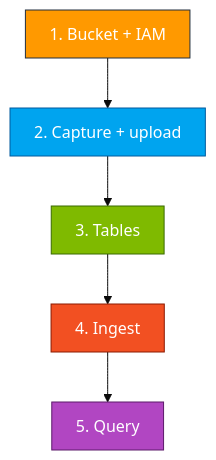
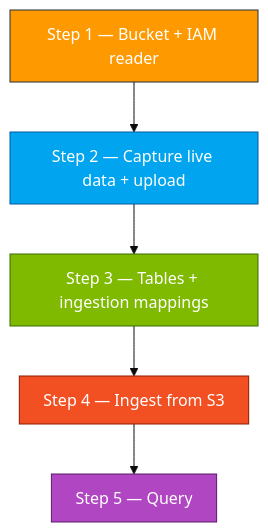
The second of 3 diagrams in Module_01_Amazon_S3/01_S3_to_ADX_Lab.md (atingupta2005/adx-aws-training-aug-26), drawn with Mermaid before and after one commit. The commit also changed other lines of this file and 6 other files, not shown here.

````diff
--- a/Module_01_Amazon_S3/01_S3_to_ADX_Lab.md
+++ b/Module_01_Amazon_S3/01_S3_to_ADX_Lab.md
@@ -22,13 +97,13 @@
 ```mermaid
 %%{init: {"theme":"base","flowchart":{"htmlLabels":true,"padding":12}}}%%
 flowchart TB
-  A["1. Bucket + IAM"] --> B["2. Capture + upload"]
-  B --> C["3. Tables"]
-  C --> D["4. Ingest"]
-  D --> E["5. Query"]
+  A["Step 1 — Bucket + IAM reader"] --> B["Step 2 — Capture live data + upload"]
+  B --> C["Step 3 — Tables + ingestion mappings"]
+  C --> D["Step 4 — Ingest from S3"]
+  D --> E["Step 5 — Query"]
   style A fill:#FF9900,stroke:#232F3E,color:#fff
   style B fill:#00A4EF,stroke:#005A9E,color:#fff
   style C fill:#7FBA00,stroke:#3A6B00,color:#fff
   style D fill:#F25022,stroke:#8B1A00,color:#fff
   style E fill:#B146C2,stroke:#5C1A6B,color:#fff
 ```
````
